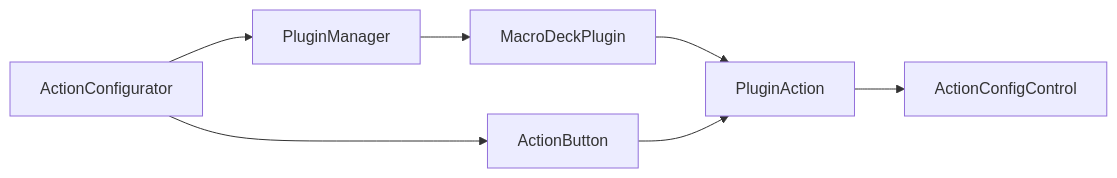
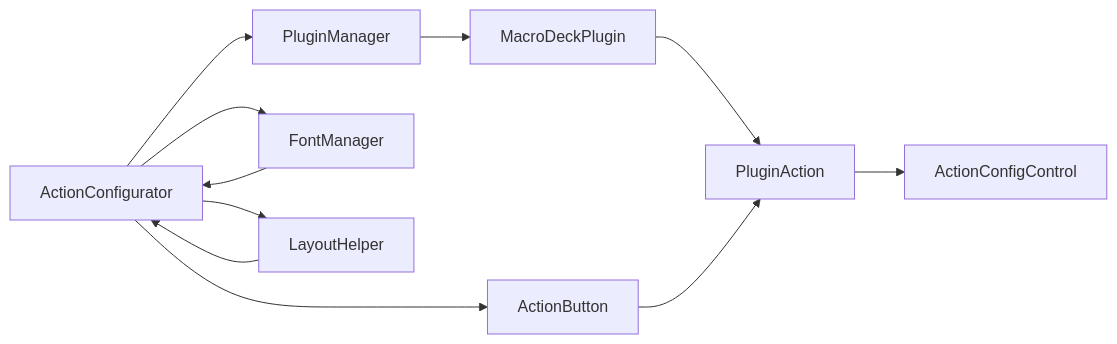
Before and after one commit to tea4go/Macro-Deck: the fourth of 4 diagrams in .qoder/repowiki/zh/content/图形用户界面/对话框系统/动作配置对话框.md, drawn with Mermaid. The commit also changed other lines of this file and 63 other files, not shown here.

````diff
--- a/.qoder/repowiki/zh/content/图形用户界面/对话框系统/动作配置对话框.md
+++ b/.qoder/repowiki/zh/content/图形用户界面/对话框系统/动作配置对话框.md
@@ -266,9 +273,13 @@
 ```mermaid
 graph LR
 AC["ActionConfigurator"] --> PM["PluginManager"]
 PM --> MDP["MacroDeckPlugin"]
 MDP --> PA["PluginAction"]
 PA --> ACC["ActionConfigControl"]
 AC --> AB["ActionButton"]
 AB --> PA
+AC --> FM["FontManager"]
+AC --> LH["LayoutHelper"]
+FM --> AC
+LH --> AC
 ```
````
